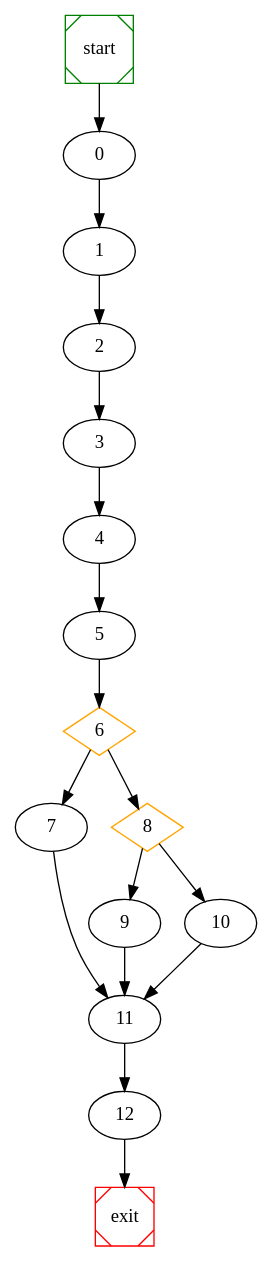
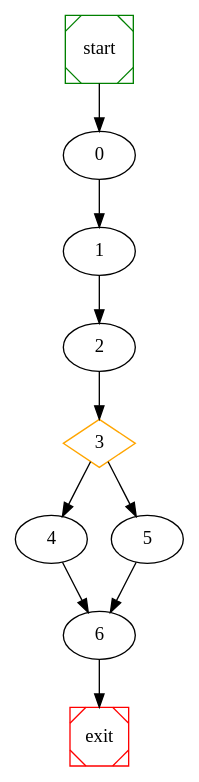
One commit to NabeelQaiser/BTP_2k18-19 changed the diagram in wpc/raw_graph.dot. Above: the diagram before and after it, drawn with Graphviz. The commit also changed 17 other files, not shown here.

```diff
--- a/wpc/raw_graph.dot
+++ b/wpc/raw_graph.dot
@@ -1,25 +1,17 @@
 # dot file created at runtime
 
 digraph G {
 	start -> 0;
 	0 -> 1 ;
 	1 -> 2 ;
+	3 [shape=diamond, color=orange] ;
+	3 -> 4 ;
+	3 -> 5 ;
 	2 -> 3 ;
-	3 -> 4 ;
-	4 -> 5 ;
-	6 [shape=diamond, color=orange] ;
-	6 -> 7 ;
-	8 [shape=diamond, color=orange] ;
-	6 -> 8 ;
-	8 -> 9 ;
-	8 -> 10 ;
 	5 -> 6 ;
-	7 -> 11 ;
-	9 -> 11 ;
-	10 -> 11 ;
-	11 -> 12 ;
-	12 -> exit;
+	4 -> 6 ;
+	6 -> exit;
 
 	start [shape=Msquare, color=green];
 	exit [shape=Msquare, color=red];
 }
```
